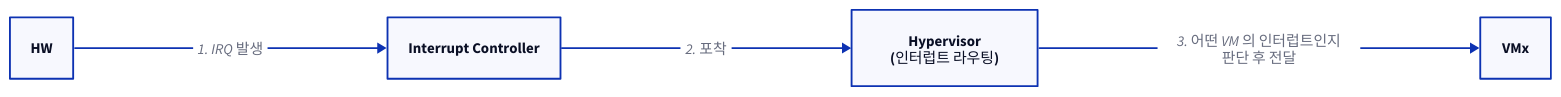
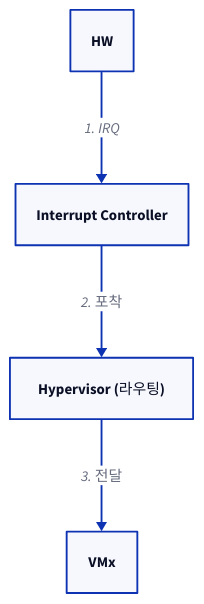
Diagram 16 of 17 in topics/virtualization/docs/01a_system_architecture_evolution.md (humbleowl39/DV_SKOOL), drawn with D2 before and after one commit. The commit also changed other lines of this file and 90 other files, not shown here.

First line of the commit message:
docs: 전 토픽 다이어그램 정비 — ASCII→D2, mermaid→D2, 과대 D2 가시성 수정

````diff
--- a/topics/virtualization/docs/01a_system_architecture_evolution.md
+++ b/topics/virtualization/docs/01a_system_architecture_evolution.md
@@ -612,11 +596,11 @@
 ```d2
-direction: right
+direction: down
 
 HW: "HW"
 IC: "Interrupt Controller"
-HV: "Hypervisor\n(인터럽트 라우팅)"
+HV: "Hypervisor (라우팅)"
 VMx: "VMx"
-HW -> IC: "1. IRQ 발생"
+HW -> IC: "1. IRQ"
 IC -> HV: "2. 포착"
-HV -> VMx: "3. 어떤 VM 의 인터럽트인지\n판단 후 전달"
+HV -> VMx: "3. 전달"
 ```
````
